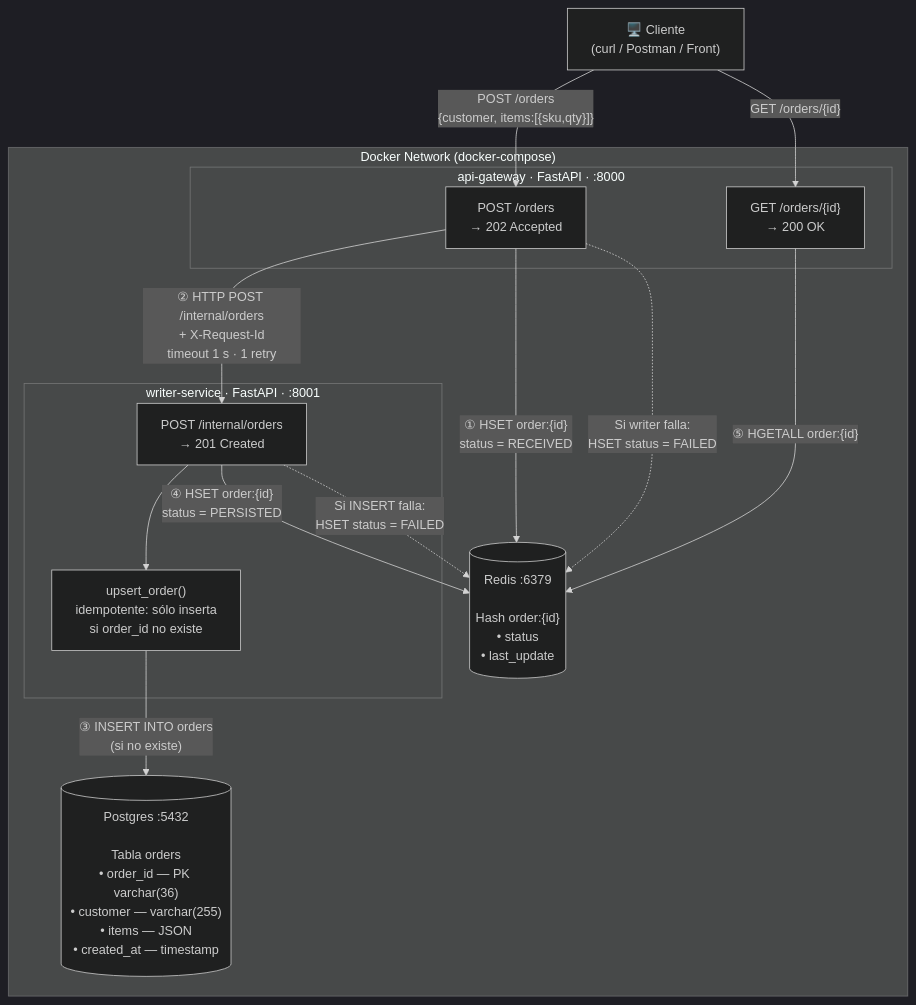
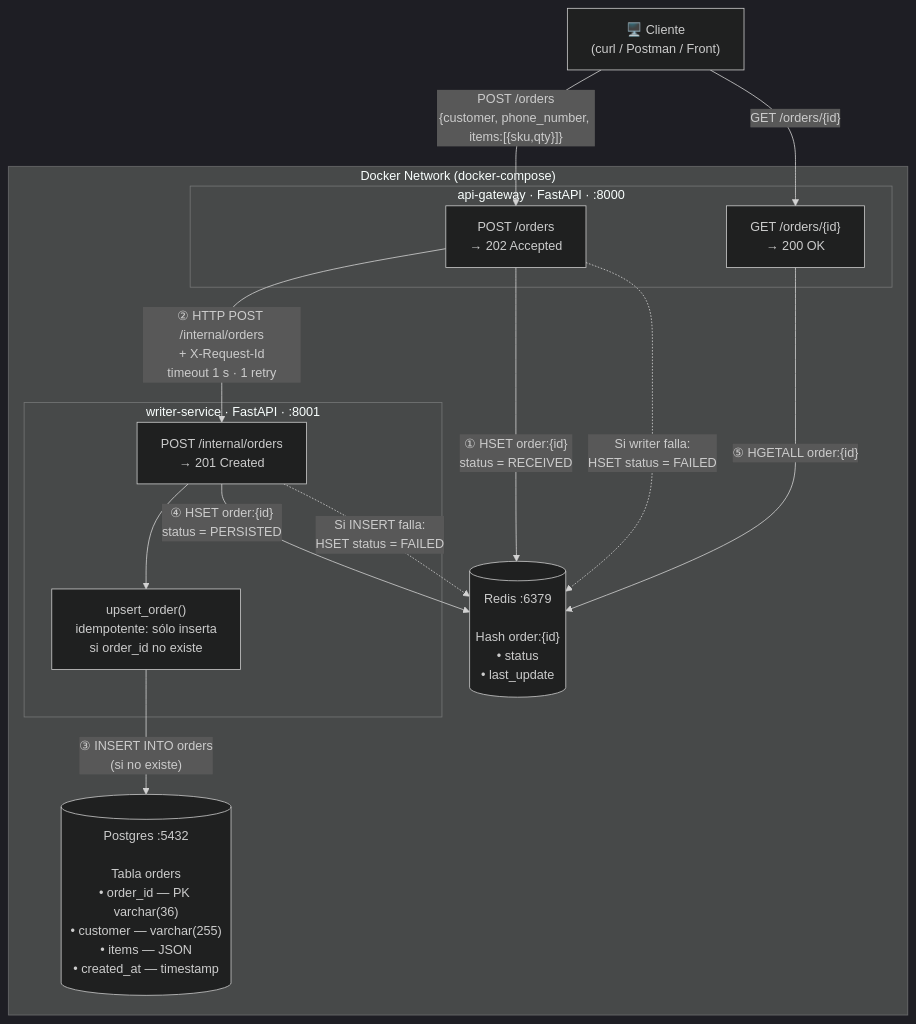
One commit to JoseLuisAlvarezManica/ordenes-distribuidas changed the first of 4 diagrams in README.md. Above: the diagram before and after it, drawn with Mermaid (dark theme). The commit also changed other lines of this file and 26 other files, not shown here.

````diff
--- a/README.md
+++ b/README.md
@@ -9,35 +9,35 @@
 ```mermaid
 flowchart TB
     Client["🖥️ Cliente<br/>(curl / Postman / Front)"]
 
     subgraph docker["Docker Network (docker-compose)"]
 
         subgraph gw["api-gateway · FastAPI · :8000"]
             POST_orders["POST /orders<br/>→ 202 Accepted"]
             GET_orders["GET /orders/{id}<br/>→ 200 OK"]
         end
 
         subgraph ws["writer-service · FastAPI · :8001"]
             POST_internal["POST /internal/orders<br/>→ 201 Created"]
             upsert["upsert_order()<br/>idempotente: sólo inserta<br/>si order_id no existe"]
         end
 
         Redis[("Redis :6379<br/><br/>Hash  order:{id}<br/>• status<br/>• last_update")]
 
         Postgres[("Postgres :5432<br/><br/>Tabla orders<br/>• order_id — PK varchar(36)<br/>• customer — varchar(255)<br/>• items — JSON<br/>• created_at — timestamp")]
     end
 
-    Client -->|"POST /orders<br/>{customer, items:[{sku,qty}]}"| POST_orders
+    Client -->|"POST /orders<br/>{customer, phone_number, items:[{sku,qty}]}"| POST_orders
     Client -->|"GET /orders/{id}"| GET_orders
 
     POST_orders -->|"① HSET order:{id}<br/>status = RECEIVED"| Redis
     POST_orders -->|"② HTTP POST /internal/orders<br/>+ X-Request-Id<br/>timeout 1 s · 1 retry"| POST_internal
     POST_orders -.->|"Si writer falla:<br/>HSET status = FAILED"| Redis
 
     POST_internal --> upsert
     upsert -->|"③ INSERT INTO orders<br/>(si no existe)"| Postgres
     POST_internal -->|"④ HSET order:{id}<br/>status = PERSISTED"| Redis
     POST_internal -.->|"Si INSERT falla:<br/>HSET status = FAILED"| Redis
 
     GET_orders -->|"⑤ HGETALL order:{id}"| Redis
 ```
````
